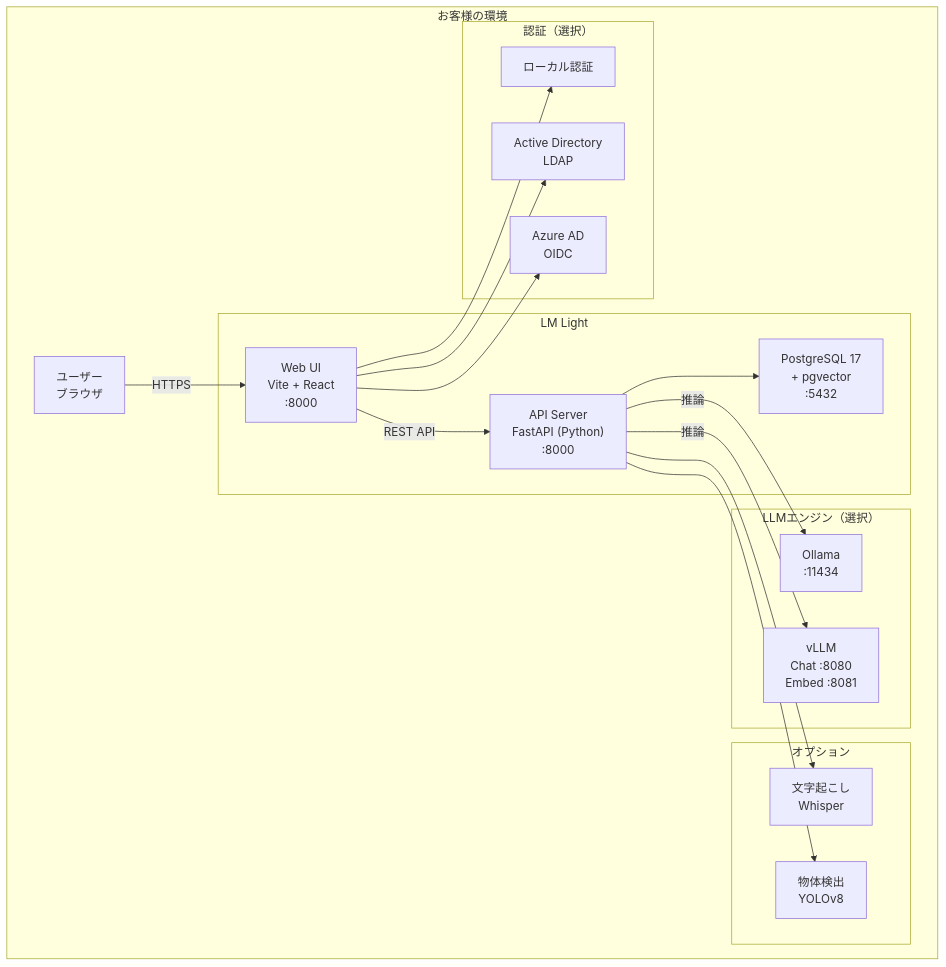
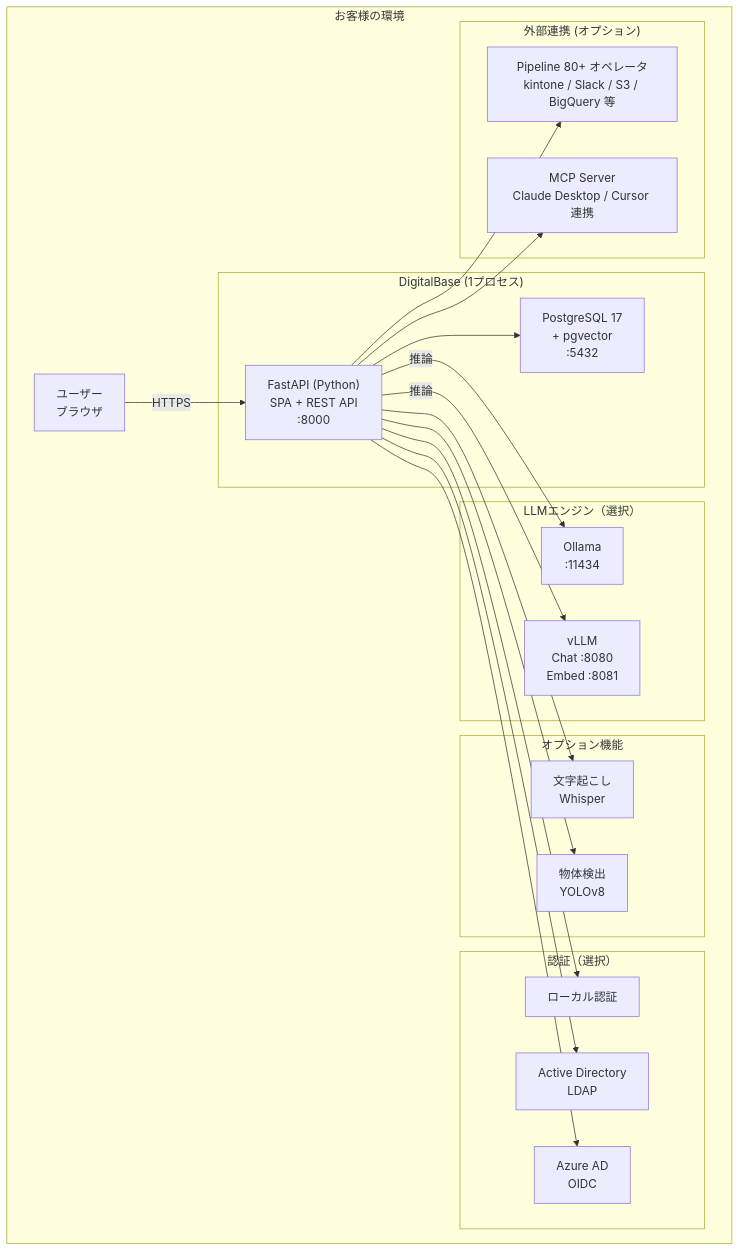
The first of 5 diagrams in docs/technical/SYSTEM_ARCHITECTURE.md (lmlight-app/dist_vite), drawn with Mermaid before and after one commit. The commit also changed other lines of this file and 58 other files, not shown here.

First line of the commit message:
Rebrand LM Light to DigitalBase and update docs

````diff
--- a/docs/technical/SYSTEM_ARCHITECTURE.md
+++ b/docs/technical/SYSTEM_ARCHITECTURE.md
@@ -13,39 +13,44 @@
 ```mermaid
 graph TB
     subgraph "お客様の環境"
         User["ユーザー<br/>ブラウザ"]
 
-        subgraph "LM Light"
-            Web["Web UI<br/>Vite + React<br/>:8000"]
-            API["API Server<br/>FastAPI (Python)<br/>:8000"]
+        subgraph "DigitalBase (1プロセス)"
+            App["FastAPI (Python)<br/>SPA + REST API<br/>:8000"]
             DB["PostgreSQL 17<br/>+ pgvector<br/>:5432"]
         end
 
         subgraph "LLMエンジン（選択）"
             Ollama["Ollama<br/>:11434"]
             vLLM["vLLM<br/>Chat :8080<br/>Embed :8081"]
         end
 
-        subgraph "オプション"
+        subgraph "オプション機能"
             Whisper["文字起こし<br/>Whisper"]
             YOLO["物体検出<br/>YOLOv8"]
         end
 
         subgraph "認証（選択）"
             Local["ローカル認証"]
             AD["Active Directory<br/>LDAP"]
             Azure["Azure AD<br/>OIDC"]
         end
 
-        User -->|HTTPS| Web
-        Web -->|REST API| API
-        API --> DB
-        API -->|推論| Ollama
-        API -->|推論| vLLM
-        API --> Whisper
-        API --> YOLO
-        Web --> Local
-        Web --> AD
-        Web --> Azure
+        subgraph "外部連携 (オプション)"
+            Pipeline["Pipeline 80+ オペレータ<br/>kintone / Slack / S3 / BigQuery 等"]
+            MCP["MCP Server<br/>Claude Desktop / Cursor 連携"]
+        end
+
+        User -->|HTTPS| App
+        App --> DB
+        App -->|推論| Ollama
+        App -->|推論| vLLM
+        App --> Whisper
+        App --> YOLO
+        App --> Local
+        App --> AD
+        App --> Azure
+        App --> Pipeline
+        App --> MCP
     end
 ```
````
